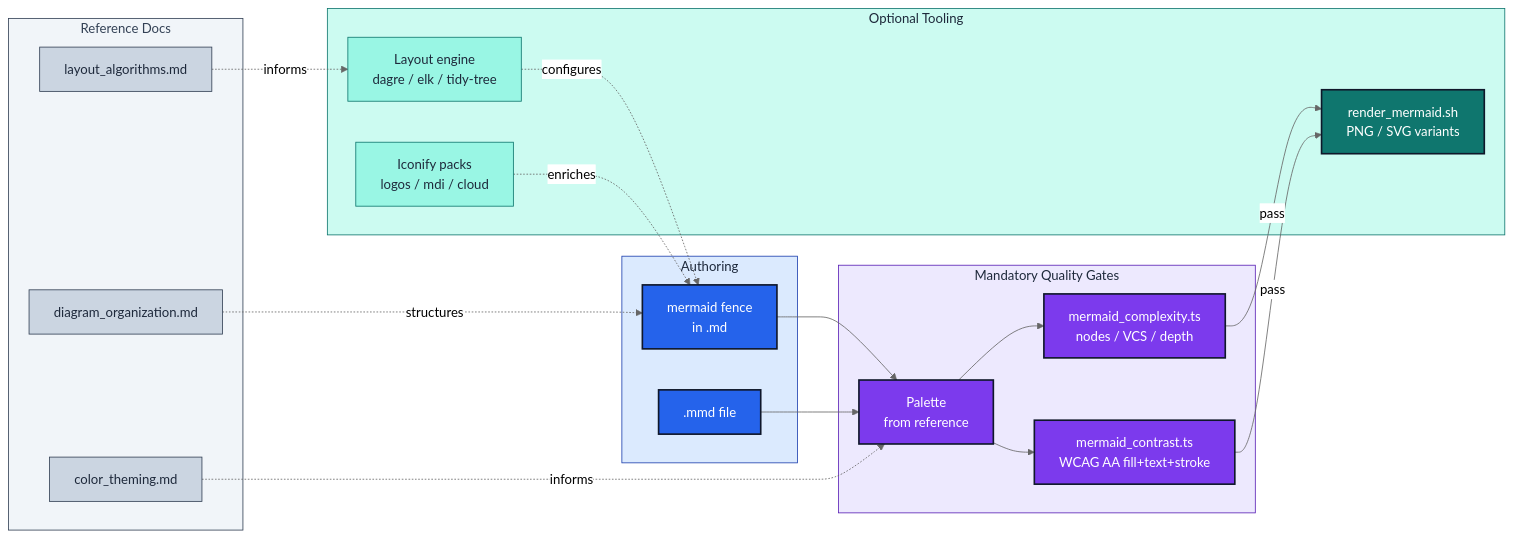
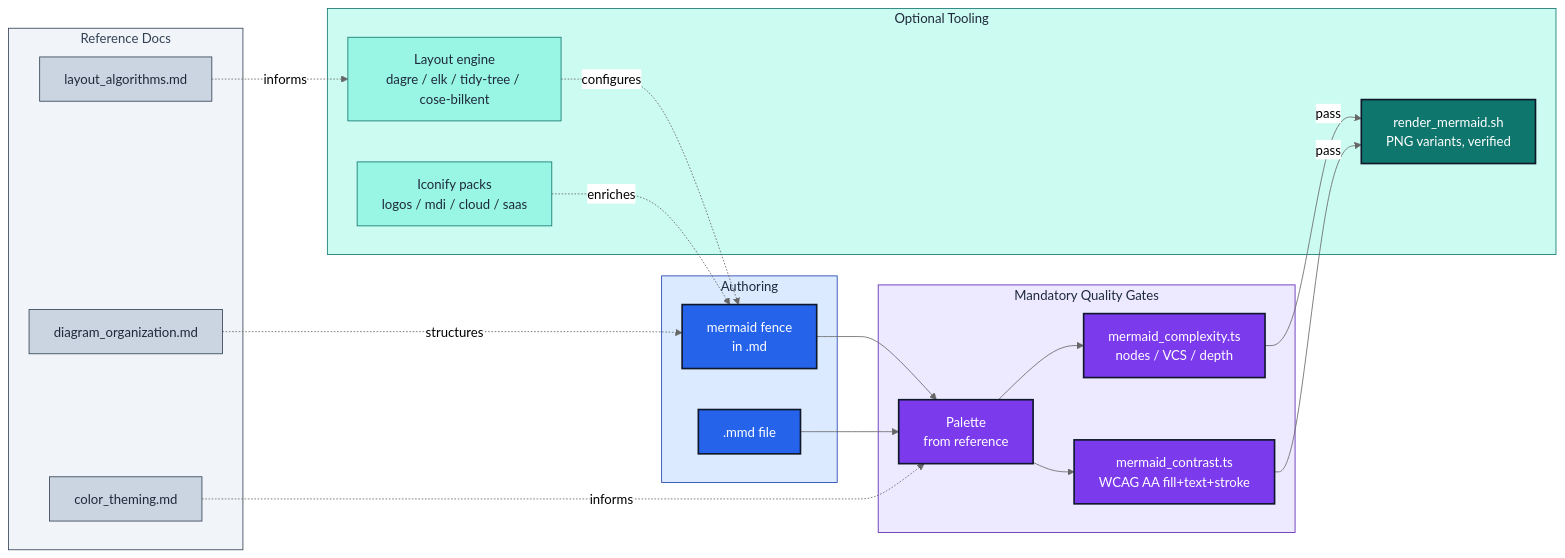
One commit to neozenith/agentic-dotfiles changed the diagram in skills/mermaidjs-diagrams/README.md. Above: the diagram before and after it, drawn with Mermaid (neutral theme). The commit also changed other lines of this file and 23 other files, not shown here.

Commit message:
updated mermaidjs docs

````diff
--- a/skills/mermaidjs-diagrams/README.md
+++ b/skills/mermaidjs-diagrams/README.md
@@ -29,55 +31,55 @@
 ```mermaid
 flowchart LR
     subgraph author["Authoring"]
         fence["mermaid fence<br/>in .md"]:::ingressPrimary
         mmd[".mmd file"]:::ingressPrimary
     end
 
     subgraph gates["Mandatory Quality Gates"]
         palette["Palette<br/>from reference"]:::computePrimary
         complexity["mermaid_complexity.ts<br/>nodes / VCS / depth"]:::computePrimary
         contrast["mermaid_contrast.ts<br/>WCAG AA fill+text+stroke"]:::computePrimary
     end
 
     subgraph optional["Optional Tooling"]
-        layout["Layout engine<br/>dagre / elk / tidy-tree"]:::dataSecondary
-        icons["Iconify packs<br/>logos / mdi / cloud"]:::dataSecondary
-        render["render_mermaid.sh<br/>PNG / SVG variants"]:::dataPrimary
+        layout["Layout engine<br/>dagre / elk / tidy-tree / cose-bilkent"]:::dataSecondary
+        icons["Iconify packs<br/>logos / mdi / cloud / saas"]:::dataSecondary
+        render["render_mermaid.sh<br/>PNG variants, verified"]:::dataPrimary
     end
 
     subgraph refs["Reference Docs"]
         rColor["color_theming.md"]:::infraSecondary
         rLayout["layout_algorithms.md"]:::infraSecondary
         rOrg["diagram_organization.md"]:::infraSecondary
     end
 
     fence --> palette
     mmd --> palette
     palette --> complexity
     palette --> contrast
     complexity -- pass --> render
     contrast -- pass --> render
 
     layout -. configures .-> fence
     icons -. enriches .-> fence
 
     rColor -. informs .-> palette
     rLayout -. informs .-> layout
     rOrg -. structures .-> fence
 
     classDef ingressPrimary    fill:#2563eb,stroke:#0f172a,color:#fff,stroke-width:2px
     classDef computePrimary    fill:#7c3aed,stroke:#0f172a,color:#fff,stroke-width:2px
     classDef dataPrimary       fill:#0f766e,stroke:#0f172a,color:#fff,stroke-width:2px
     classDef dataSecondary     fill:#99f6e4,stroke:#0f766e,color:#1e293b,stroke-width:1px
     classDef infraSecondary    fill:#cbd5e1,stroke:#334155,color:#1e293b,stroke-width:1px
 
     classDef sgBlue   fill:#dbeafe,stroke:#1e40af,color:#1e293b
     classDef sgViolet fill:#ede9fe,stroke:#5b21b6,color:#1e293b
     classDef sgTeal   fill:#ccfbf1,stroke:#0f766e,color:#1e293b
     classDef sgSlate  fill:#f1f5f9,stroke:#334155,color:#334155
 
     class author sgBlue
     class gates sgViolet
     class optional sgTeal
     class refs sgSlate
 ```
````
